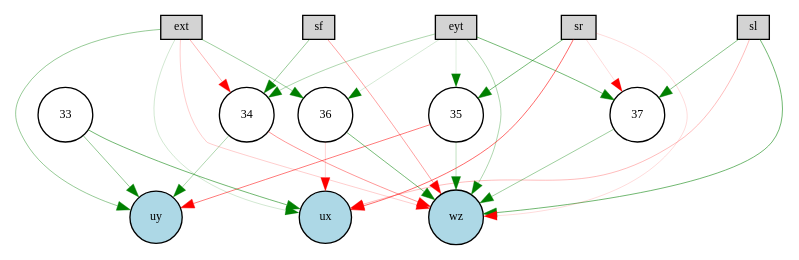
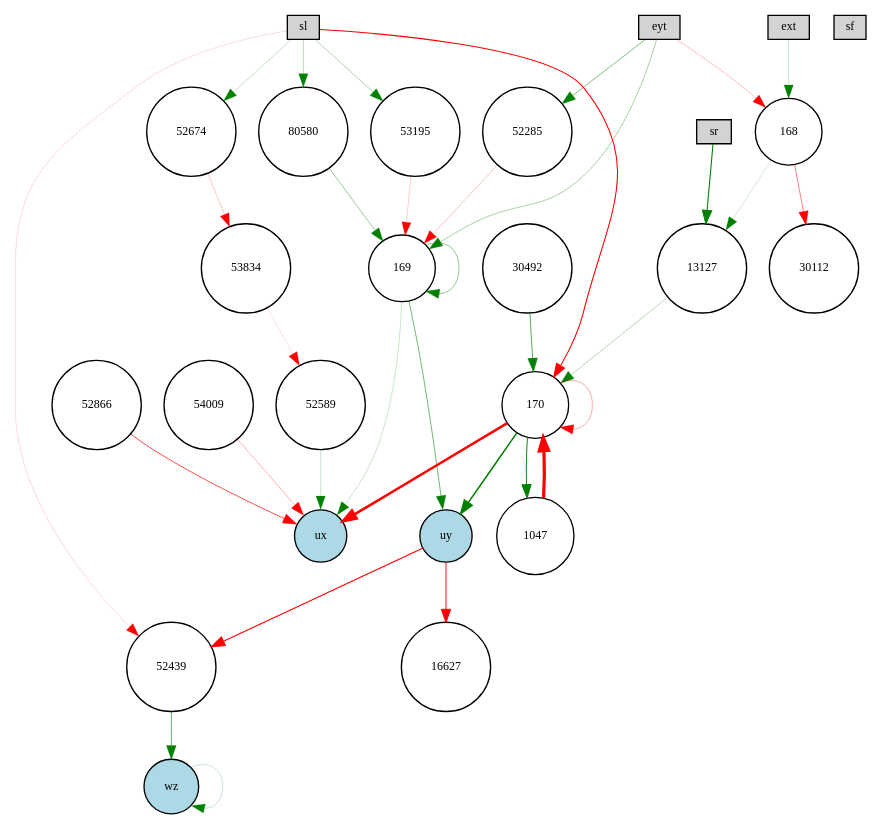
Before and after one commit to KaiL4eK/autopilot_simulator: the diagram in pictures_ctrnn/winner-feedforward-enabled.gv, drawn with Graphviz. The commit also changed 11 other files, not shown here.

```diff
--- a/pictures_ctrnn/winner-feedforward-enabled.gv
+++ b/pictures_ctrnn/winner-feedforward-enabled.gv
@@ -1,44 +1,62 @@
 digraph {
 	node [fontsize=9 height=0.2 shape=circle width=0.2]
 	ext [fillcolor=lightgray shape=box style=filled]
 	eyt [fillcolor=lightgray shape=box style=filled]
 	sf [fillcolor=lightgray shape=box style=filled]
 	sl [fillcolor=lightgray shape=box style=filled]
 	sr [fillcolor=lightgray shape=box style=filled]
 	ux [fillcolor=lightblue style=filled]
 	uy [fillcolor=lightblue style=filled]
 	wz [fillcolor=lightblue style=filled]
-	35 [fillcolor=white style=filled]
-	36 [fillcolor=white style=filled]
-	37 [fillcolor=white style=filled]
-	33 [fillcolor=white style=filled]
-	34 [fillcolor=white style=filled]
-	sr -> ux [color=red penwidth=0.43883094619151697 style=solid]
-	eyt -> wz [color=green penwidth=0.24160920987310702 style=solid]
-	35 -> uy [color=red penwidth=0.3861535466267372 style=solid]
-	ext -> 36 [color=green penwidth=0.28515593279044255 style=solid]
-	ext -> ux [color=green penwidth=0.14255098095218316 style=solid]
-	eyt -> 35 [color=green penwidth=0.10072252561200136 style=solid]
-	ext -> wz [color=red penwidth=0.14523654600680602 style=solid]
-	35 -> wz [color=green penwidth=0.18990469092241202 style=solid]
-	sl -> wz [color=green penwidth=0.41893037419815216 style=solid]
-	sf -> 34 [color=green penwidth=0.30565812315111274 style=solid]
-	sl -> ux [color=red penwidth=0.19811080218607147 style=solid]
-	34 -> wz [color=red penwidth=0.31315771684293586 style=solid]
-	eyt -> 36 [color=green penwidth=0.13344221326465278 style=solid]
-	37 -> wz [color=green penwidth=0.2906920474555458 style=solid]
-	sr -> wz [color=red penwidth=0.11426997388430933 style=solid]
-	sl -> 37 [color=green penwidth=0.34633044541426594 style=solid]
-	ext -> uy [color=green penwidth=0.30956823590462396 style=solid]
-	eyt -> 34 [color=green penwidth=0.23500424477368367 style=solid]
-	34 -> uy [color=green penwidth=0.23662512609982841 style=solid]
-	33 -> uy [color=green penwidth=0.3206143571714114 style=solid]
-	ext -> 34 [color=red penwidth=0.21521780920395897 style=solid]
-	sf -> wz [color=red penwidth=0.2781473019587396 style=solid]
-	eyt -> 37 [color=green penwidth=0.40752791579759506 style=solid]
-	sr -> 37 [color=red penwidth=0.11140393208824789 style=solid]
-	36 -> wz [color=green penwidth=0.4013647422997233 style=solid]
-	33 -> ux [color=green penwidth=0.4218397776708419 style=solid]
-	sr -> 35 [color=green penwidth=0.40061718036582594 style=solid]
-	36 -> ux [color=red penwidth=0.125414781868812 style=solid]
+	52674 [fillcolor=white style=filled]
+	80580 [fillcolor=white style=filled]
+	30112 [fillcolor=white style=filled]
+	52866 [fillcolor=white style=filled]
+	13127 [fillcolor=white style=filled]
+	168 [fillcolor=white style=filled]
+	169 [fillcolor=white style=filled]
+	170 [fillcolor=white style=filled]
+	53195 [fillcolor=white style=filled]
+	53834 [fillcolor=white style=filled]
+	52589 [fillcolor=white style=filled]
+	16627 [fillcolor=white style=filled]
+	1047 [fillcolor=white style=filled]
+	52439 [fillcolor=white style=filled]
+	54009 [fillcolor=white style=filled]
+	30492 [fillcolor=white style=filled]
+	52285 [fillcolor=white style=filled]
+	170 -> 1047 [color=green penwidth=0.7145981346866594 style=solid]
+	53195 -> 169 [color=red penwidth=0.14504683992402756 style=solid]
+	sl -> 53195 [color=green penwidth=0.2517259319210612 style=solid]
+	uy -> 52439 [color=red penwidth=0.8331114174282936 style=solid]
+	168 -> 30112 [color=red penwidth=0.38392958809110633 style=solid]
+	ext -> 168 [color=green penwidth=0.15190678737240343 style=solid]
+	sl -> 80580 [color=green penwidth=0.20639842138619569 style=solid]
+	169 -> uy [color=green penwidth=0.4057525325241338 style=solid]
+	30492 -> 170 [color=green penwidth=0.48681991962125537 style=solid]
+	eyt -> 169 [color=green penwidth=0.2662029791179693 style=solid]
+	168 -> 13127 [color=green penwidth=0.1336111995489473 style=solid]
+	wz -> wz [color=green penwidth=0.152315829596191 style=solid]
+	169 -> ux [color=green penwidth=0.16371304496015388 style=solid]
+	80580 -> 169 [color=green penwidth=0.2958640504715052 style=solid]
+	52285 -> 169 [color=red penwidth=0.19299735247477257 style=solid]
+	sl -> 52439 [color=red penwidth=0.1210053682089184 style=solid]
+	eyt -> 52285 [color=green penwidth=0.3820418155488221 style=solid]
+	eyt -> 168 [color=red penwidth=0.18542220261951056 style=solid]
+	sl -> 52674 [color=green penwidth=0.17937725107116442 style=solid]
+	13127 -> 170 [color=green penwidth=0.2347513211827624 style=solid]
+	170 -> ux [color=red penwidth=1.9080392658407037 style=solid]
+	52674 -> 53834 [color=red penwidth=0.1731233179903794 style=solid]
+	52589 -> ux [color=green penwidth=0.14679969100248275 style=solid]
+	1047 -> 170 [color=red penwidth=2.3769095263552984 style=solid]
+	170 -> 170 [color=red penwidth=0.2496844165292765 style=solid]
+	53834 -> 52589 [color=red penwidth=0.10045936927419684 style=solid]
+	54009 -> ux [color=red penwidth=0.23075042698165912 style=solid]
+	52439 -> wz [color=green penwidth=0.4633282252874912 style=solid]
+	sr -> 13127 [color=green penwidth=0.811787767679851 style=solid]
+	52866 -> ux [color=red penwidth=0.5255063107287522 style=solid]
+	uy -> 16627 [color=red penwidth=0.7093262036446492 style=solid]
+	170 -> uy [color=green penwidth=1.1317781374607336 style=solid]
+	169 -> 169 [color=green penwidth=0.3310446473503066 style=solid]
+	sl -> 170 [color=red penwidth=0.7852643516113914 style=solid]
 }
```
